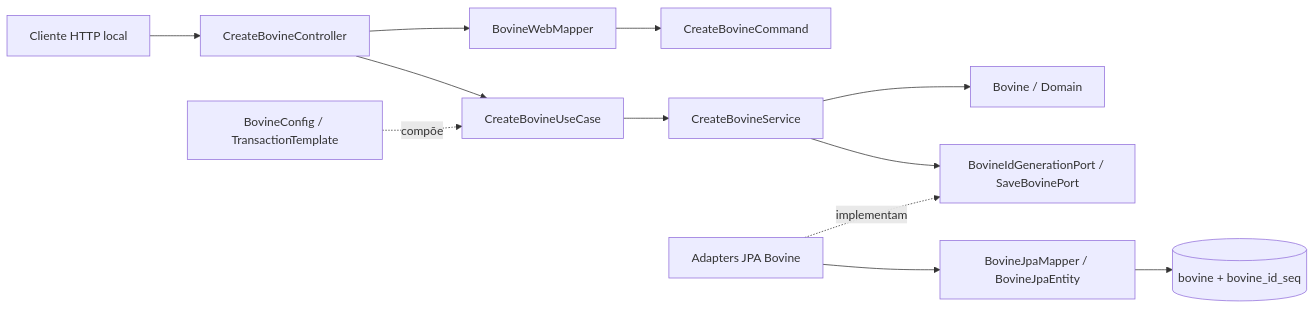
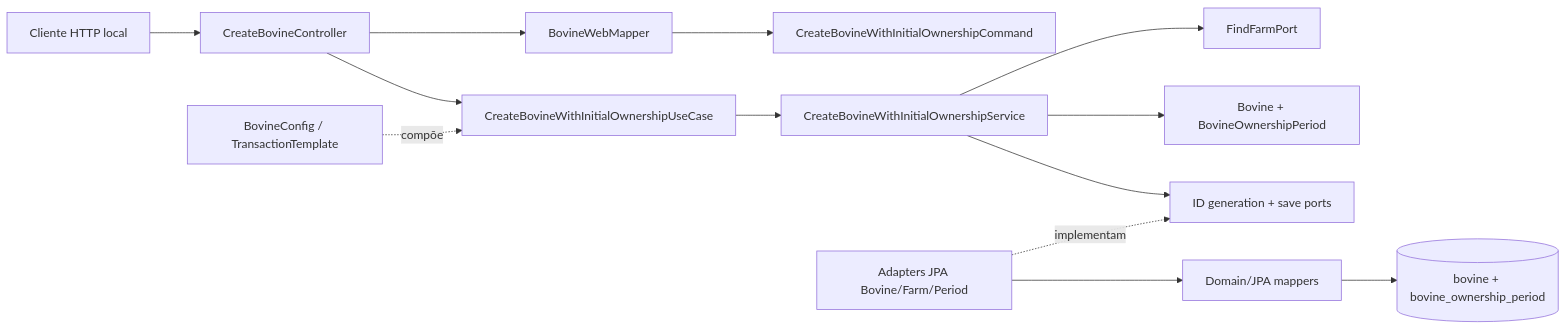
Before and after one commit to AlbertoVilar/bovigestor-backend: the second of 2 diagrams in docs/01-architecture/ARCHITECTURE.md, drawn with Mermaid. The commit also changed other lines of this file and 94 other files, not shown here.

First line of the commit message:
feat: persist initial bovine custody and add lookup endpoints

````diff
--- a/docs/01-architecture/ARCHITECTURE.md
+++ b/docs/01-architecture/ARCHITECTURE.md
@@ -37,14 +37,15 @@
 ```mermaid
 flowchart LR
     Client[Cliente HTTP local] --> BovineController[CreateBovineController]
     BovineController --> BovineWebMapper[BovineWebMapper]
-    BovineWebMapper --> BovineCommand[CreateBovineCommand]
-    BovineController --> BovineUseCase[CreateBovineUseCase]
+    BovineWebMapper --> BovineCommand[CreateBovineWithInitialOwnershipCommand]
+    BovineController --> BovineUseCase[CreateBovineWithInitialOwnershipUseCase]
     BovineConfig[BovineConfig / TransactionTemplate] -. compõe .-> BovineUseCase
-    BovineUseCase --> BovineService[CreateBovineService]
-    BovineService --> Bovine[Bovine / Domain]
-    BovineService --> BovinePorts[BovineIdGenerationPort / SaveBovinePort]
-    BovineAdapters[Adapters JPA Bovine] -. implementam .-> BovinePorts
-    BovineAdapters --> BovineMapper[BovineJpaMapper / BovineJpaEntity]
-    BovineMapper --> BovineDB[(bovine + bovine_id_seq)]
+    BovineUseCase --> BovineService[CreateBovineWithInitialOwnershipService]
+    BovineService --> FarmPort[FindFarmPort]
+    BovineService --> Bovine[Bovine + BovineOwnershipPeriod]
+    BovineService --> BovinePorts[ID generation + save ports]
+    BovineAdapters[Adapters JPA Bovine/Farm/Period] -. implementam .-> BovinePorts
+    BovineAdapters --> BovineMapper[Domain/JPA mappers]
+    BovineMapper --> BovineDB[(bovine + bovine_ownership_period)]
 ```
````
